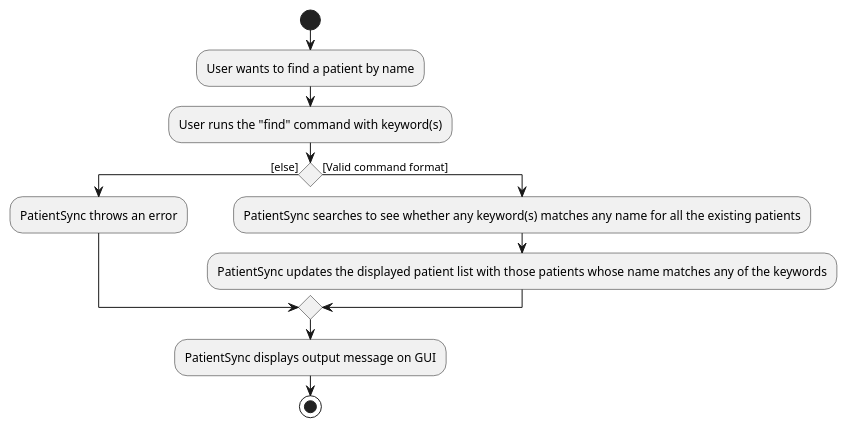
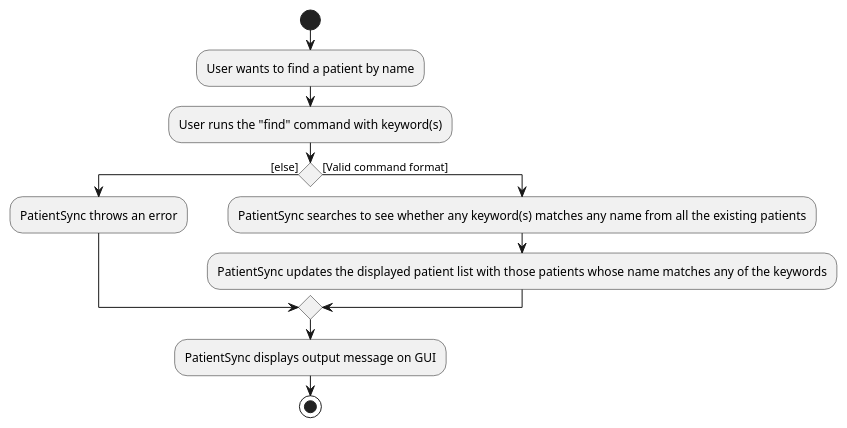
Before and after one commit to NeoHW/tp: the diagram in docs/diagrams/FindActivityDiagram.puml, drawn with PlantUML. The commit also changed 1 other file, not shown here.

Commit message:
Add FindTagsActivityDiagram for FindTagsCommand

```diff
--- a/docs/diagrams/FindActivityDiagram.puml
+++ b/docs/diagrams/FindActivityDiagram.puml
@@ -1,13 +1,13 @@
 @startuml
 start
 :User wants to find a patient by name;
 :User runs the "find" command with keyword(s);
 if () then ([else])
     :PatientSync throws an error;
 else ([Valid command format])
-    :PatientSync searches to see whether any keyword(s) matches any name for all the existing patients;
+    :PatientSync searches to see whether any keyword(s) matches any name from all the existing patients;
     :PatientSync updates the displayed patient list with those patients whose name matches any of the keywords;
 endif
 :PatientSync displays output message on GUI;
 stop
 @enduml
```
